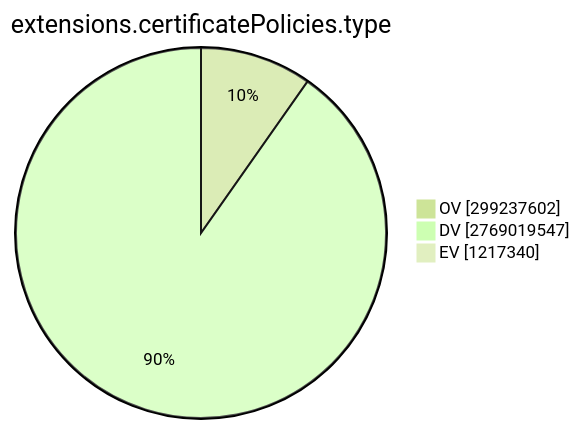
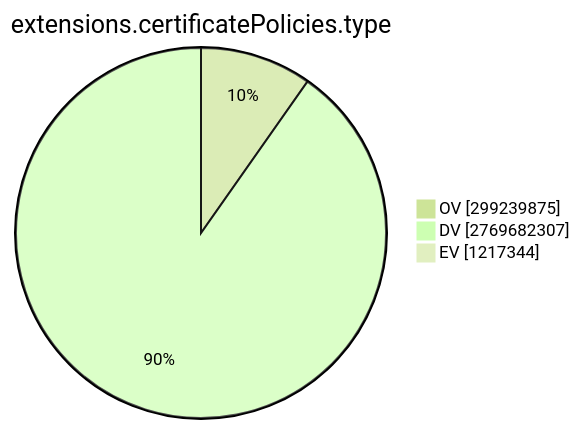
Before and after one commit to christiankrug/ctmonitor_visualization: the ninth of 15 diagrams in TOTAL/README.md, drawn with Mermaid (forest theme). The commit also changed other lines of this file, not shown here.

````diff
--- a/TOTAL/README.md
+++ b/TOTAL/README.md
@@ -3101,7 +3101,7 @@
 ```mermaid
 pie showData
 title extensions.certificatePolicies.type
-"OV" :299237602
-"DV" :2769019547
-"EV" :1217340
+"OV" :299239875
+"DV" :2769682307
+"EV" :1217344
 ```
````
